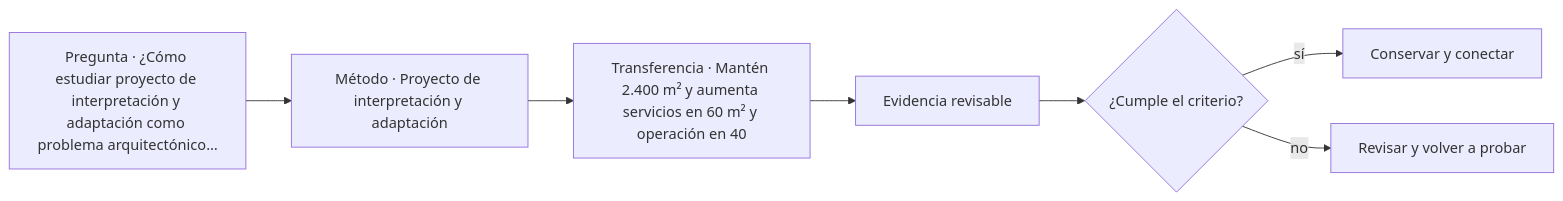
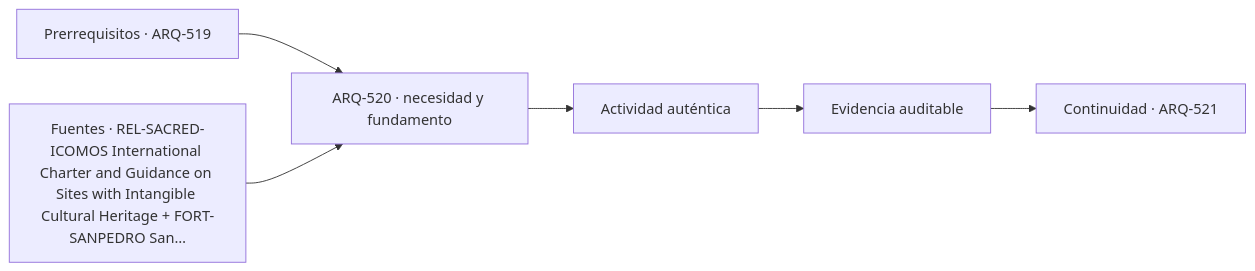
The diagram in classes/parte-52/ARQ-520.md (vladimiracunadev-create/architecture-built-environment-learning-program), drawn with Mermaid before and after one commit. The commit also changed other lines of this file and 761 other files, not shown here.

````diff
--- a/classes/parte-52/ARQ-520.md
+++ b/classes/parte-52/ARQ-520.md
@@ -81,9 +93,8 @@
 ```mermaid
 flowchart LR
-    Q["Pregunta · ¿Cómo estudiar proyecto de interpretación y adaptación como problema arquitectónico…"] --> M["Método · Proyecto de interpretación y adaptación"]
-    M --> P["Transferencia · Mantén 2.400 m² y aumenta servicios en 60 m² y operación en 40"]
-    P --> E["Evidencia revisable"]
-    E --> C{"¿Cumple el criterio?"}
-    C -->|sí| T["Conservar y conectar"]
-    C -->|no| R["Revisar y volver a probar"]
+    A["Prerrequisitos · ARQ-519"] --> B["ARQ-520 · necesidad y fundamento"]
+    S["Fuentes · REL-SACRED-ICOMOS International Charter and Guidance on Sites with Intangible Cultural Heritage + FORT-SANPEDRO San…"] --> B
+    B --> C["Actividad auténtica"]
+    C --> D["Evidencia auditable"]
+    D --> E["Continuidad · ARQ-521"]
 ```
````
